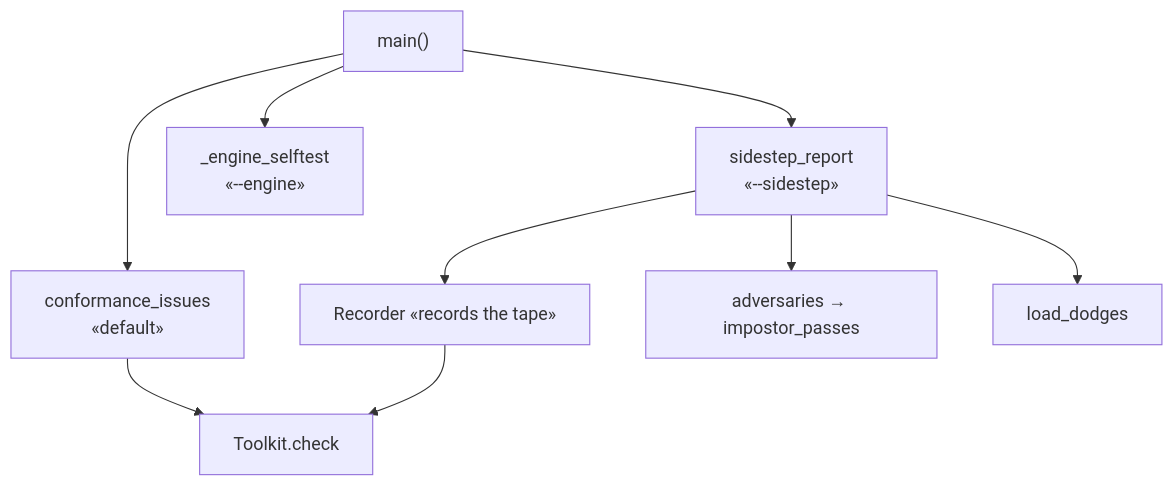
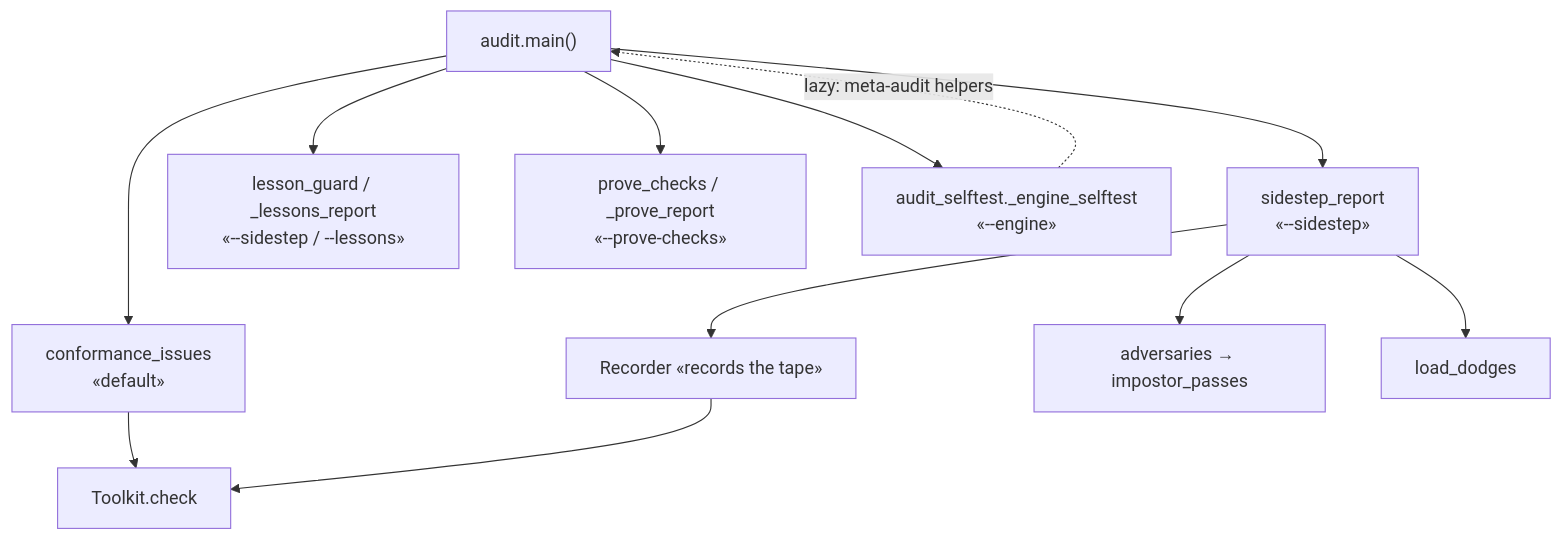
The first of 7 diagrams in docs/architecture/audit.md (N041M/PyQuest), drawn with Mermaid before and after one commit. The commit also changed other lines of this file and 6 other files, not shown here.

First line of the commit message:
Add lesson-guard and prove-checks meta-audits; isolate engine self-test

````diff
--- a/docs/architecture/audit.md
+++ b/docs/architecture/audit.md
@@ -16,11 +31,14 @@
 ```mermaid
 flowchart TB
-    main["main()"] --> conf["conformance_issues<br/>«default»"]
+    main["audit.main()"] --> conf["conformance_issues<br/>«default»"]
     main --> side["sidestep_report<br/>«--sidestep»"]
-    main --> eng["_engine_selftest<br/>«--engine»"]
+    main --> les["lesson_guard / _lessons_report<br/>«--sidestep / --lessons»"]
+    main --> prove["prove_checks / _prove_report<br/>«--prove-checks»"]
+    main --> eng["audit_selftest._engine_selftest<br/>«--engine»"]
     conf --> tk["Toolkit.check"]
     side --> rec["Recorder «records the tape»"]
     side --> adv["adversaries → impostor_passes"]
     side --> dod["load_dodges"]
     rec --> tk
+    eng -. "lazy: meta-audit helpers" .-> main
 ```
````
